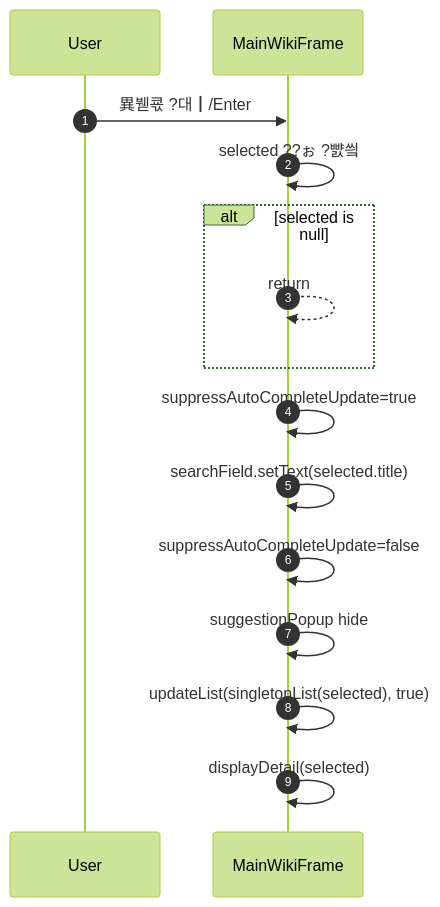
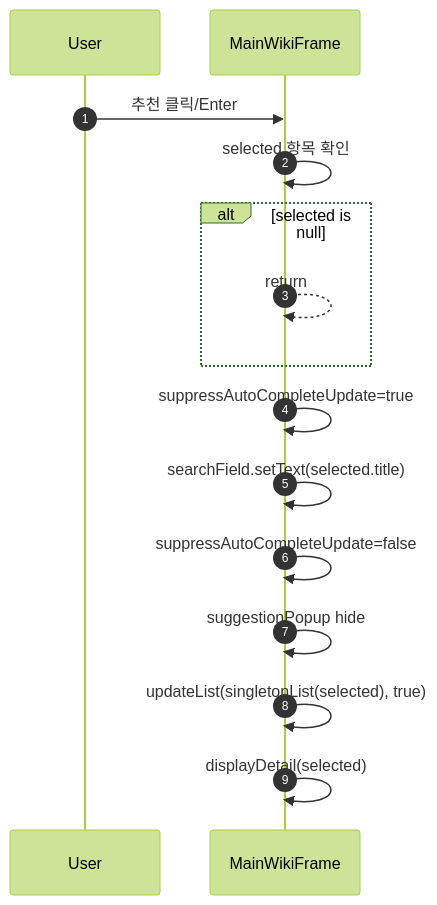
One commit to jegalhb/JAVA_WIKI_ONLINE changed the seventh of 10 diagrams in src/Reproject/README.md. Above: the diagram before and after it, drawn with Mermaid (forest theme). The commit also changed other lines of this file, not shown here.

````diff
--- a/src/Reproject/README.md
+++ b/src/Reproject/README.md
@@ -205,18 +205,18 @@
 ```mermaid
 sequenceDiagram
     autonumber
     participant U as User
     participant MW as MainWikiFrame
 
-    U->>MW: 異붿쿇 ?대┃/Enter
-    MW->>MW: selected ??ぉ ?뺤씤
+    U->>MW: 추천 클릭/Enter
+    MW->>MW: selected 항목 확인
     alt selected is null
         MW-->>MW: return
     end
     MW->>MW: suppressAutoCompleteUpdate=true
     MW->>MW: searchField.setText(selected.title)
     MW->>MW: suppressAutoCompleteUpdate=false
     MW->>MW: suggestionPopup hide
     MW->>MW: updateList(singletonList(selected), true)
     MW->>MW: displayDetail(selected)
 ```
````
